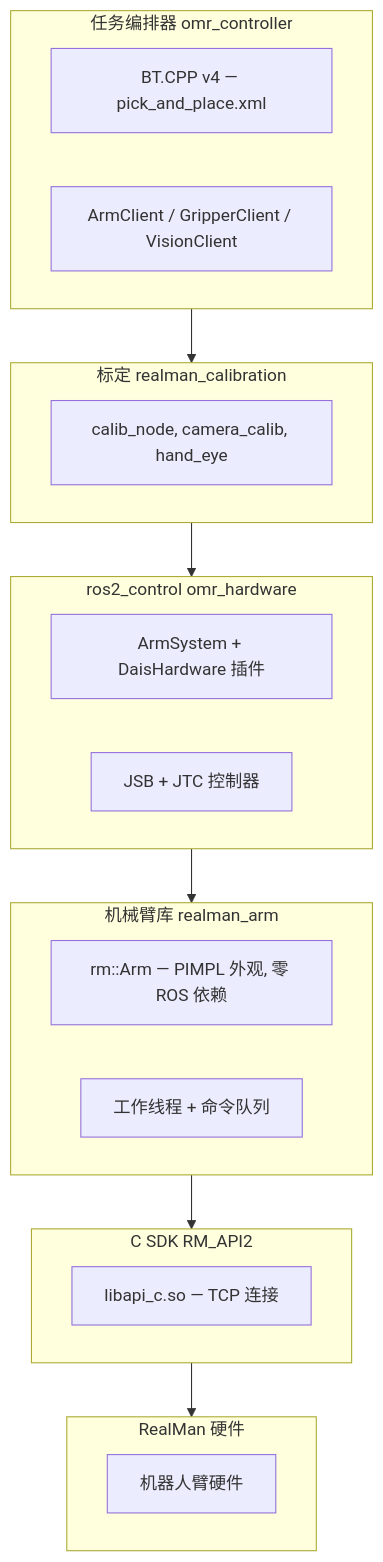
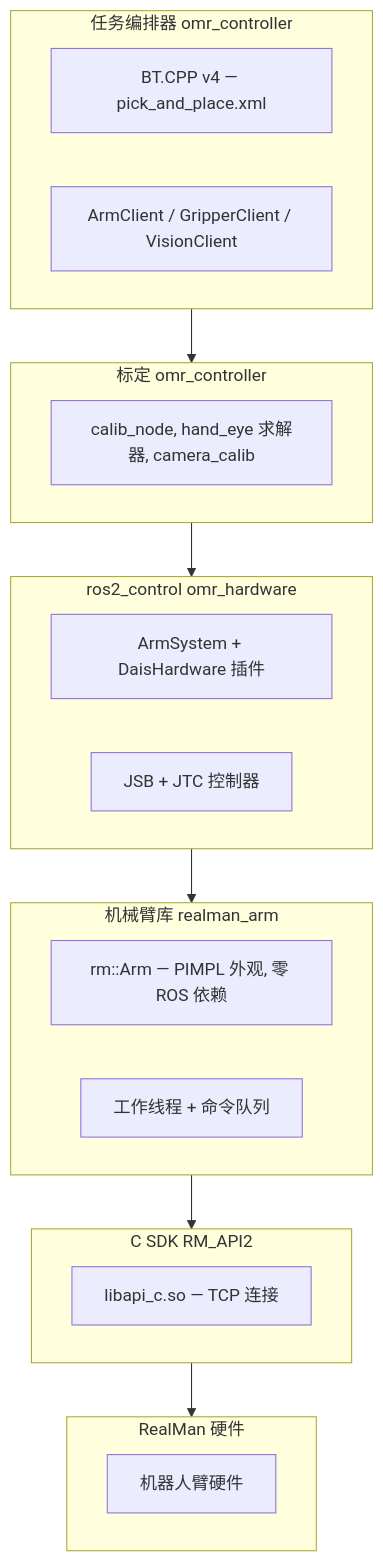
One commit to sunyuming53-byte/the_first_box changed the second of 2 diagrams in docs/ONBOARDING_CN.md. Above: the diagram before and after it, drawn with Mermaid. The commit also changed other lines of this file and 15 other files, not shown here.

First line of the commit message:
chore: update all realman_calibration references to omr_controller/omr_vision

````diff
--- a/docs/ONBOARDING_CN.md
+++ b/docs/ONBOARDING_CN.md
@@ -182,25 +181,25 @@
 ```mermaid
 graph TD
     subgraph L1["任务编排器 omr_controller"]
         bt["BT.CPP v4 — pick_and_place.xml"]
         clients["ArmClient / GripperClient / VisionClient"]
     end
-    subgraph L2["标定 realman_calibration"]
-        calib["calib_node, camera_calib, hand_eye"]
+    subgraph L2["标定 omr_controller"]
+        calib["calib_node, hand_eye 求解器, camera_calib"]
     end
     subgraph L3["ros2_control omr_hardware"]
         plugins["ArmSystem + DaisHardware 插件"]
         ctrl["JSB + JTC 控制器"]
     end
     subgraph L4["机械臂库 realman_arm"]
         arm["rm::Arm — PIMPL 外观, 零 ROS 依赖"]
         thread["工作线程 + 命令队列"]
     end
     subgraph L5["C SDK RM_API2"]
         sdk["libapi_c.so — TCP 连接"]
     end
     subgraph L6["RealMan 硬件"]
         hw["机器人臂硬件"]
     end
     L1 --> L2 --> L3 --> L4 --> L5 --> L6
 ```
````
